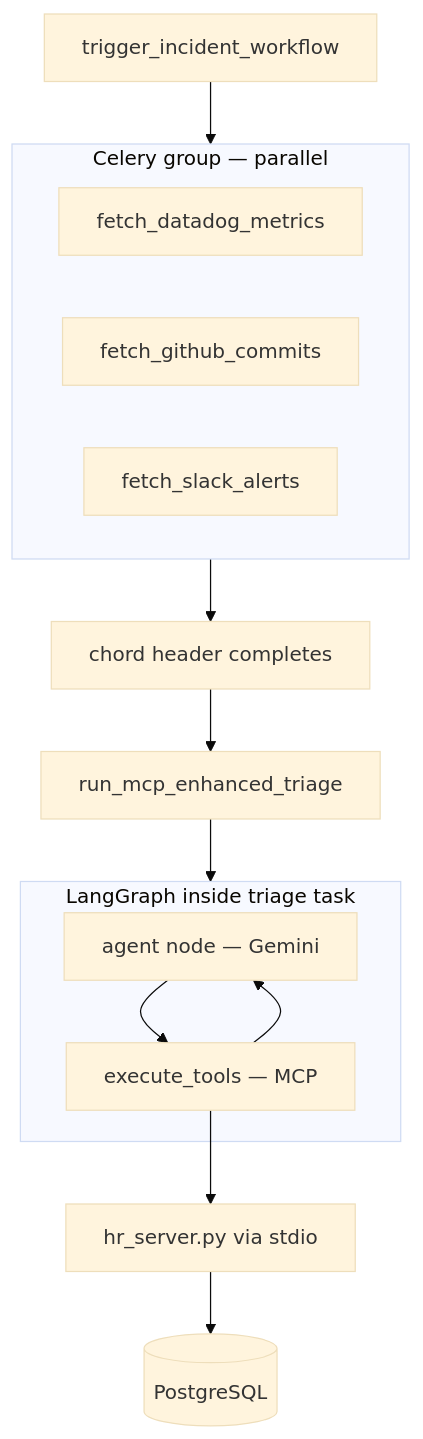
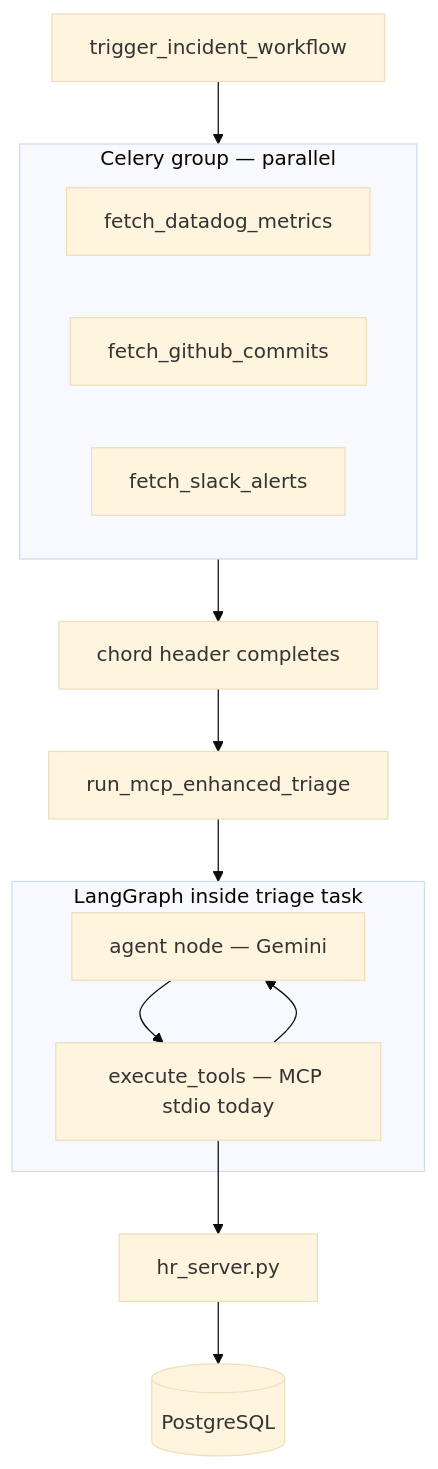
The second of 2 diagrams in docs/INCIDENT_TRIAGE_AGENT.md (shoaib2478/workstack), drawn with Mermaid (base theme) before and after one commit. The commit also changed other lines of this file and 7 other files, not shown here.

````diff
--- a/docs/INCIDENT_TRIAGE_AGENT.md
+++ b/docs/INCIDENT_TRIAGE_AGENT.md
@@ -77,24 +133,24 @@
 ```mermaid
 flowchart TB
     Trigger[trigger_incident_workflow] --> Group
 
     subgraph Group["Celery group — parallel"]
         T1[fetch_datadog_metrics]
         T2[fetch_github_commits]
         T3[fetch_slack_alerts]
     end
 
     Group --> Chord[chord header completes]
     Chord --> Triage[run_mcp_enhanced_triage]
 
     subgraph Agent["LangGraph inside triage task"]
         A1[agent node — Gemini]
-        A2[execute_tools — MCP]
+        A2[execute_tools — MCP stdio today]
         A1 --> A2
         A2 --> A1
     end
 
     Triage --> Agent
-    A2 --> HR[hr_server.py via stdio]
+    A2 --> HR[hr_server.py]
     HR --> PG[(PostgreSQL)]
 ```
````
